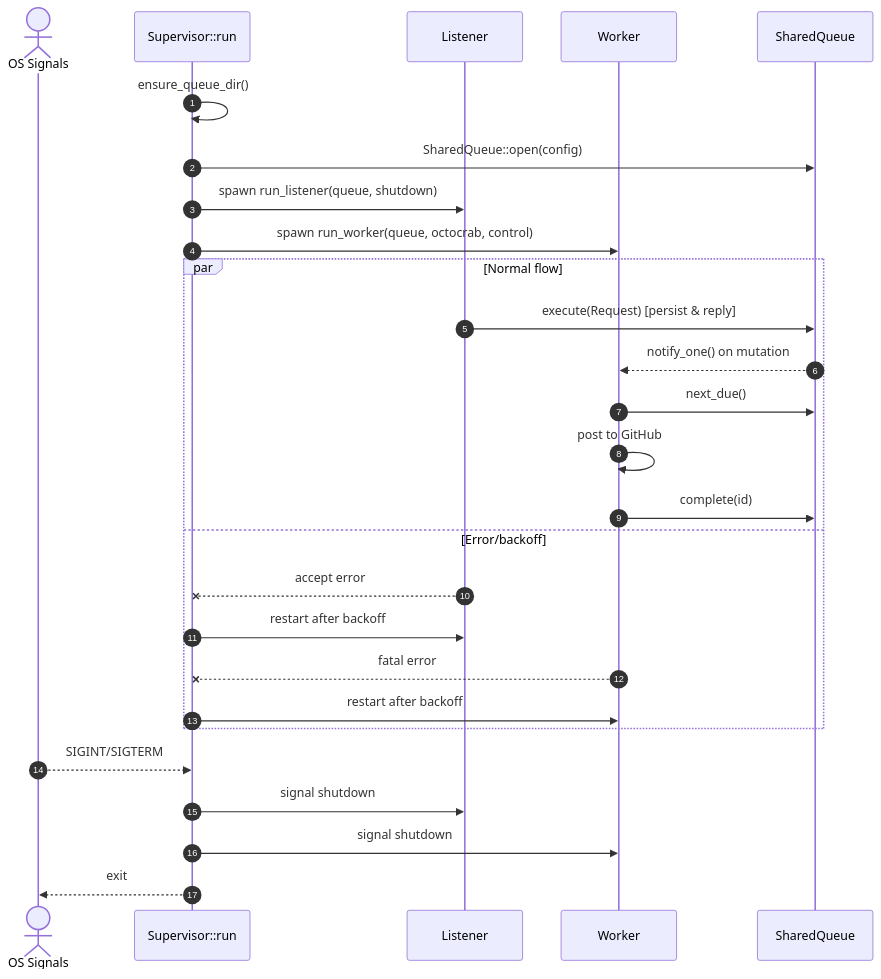
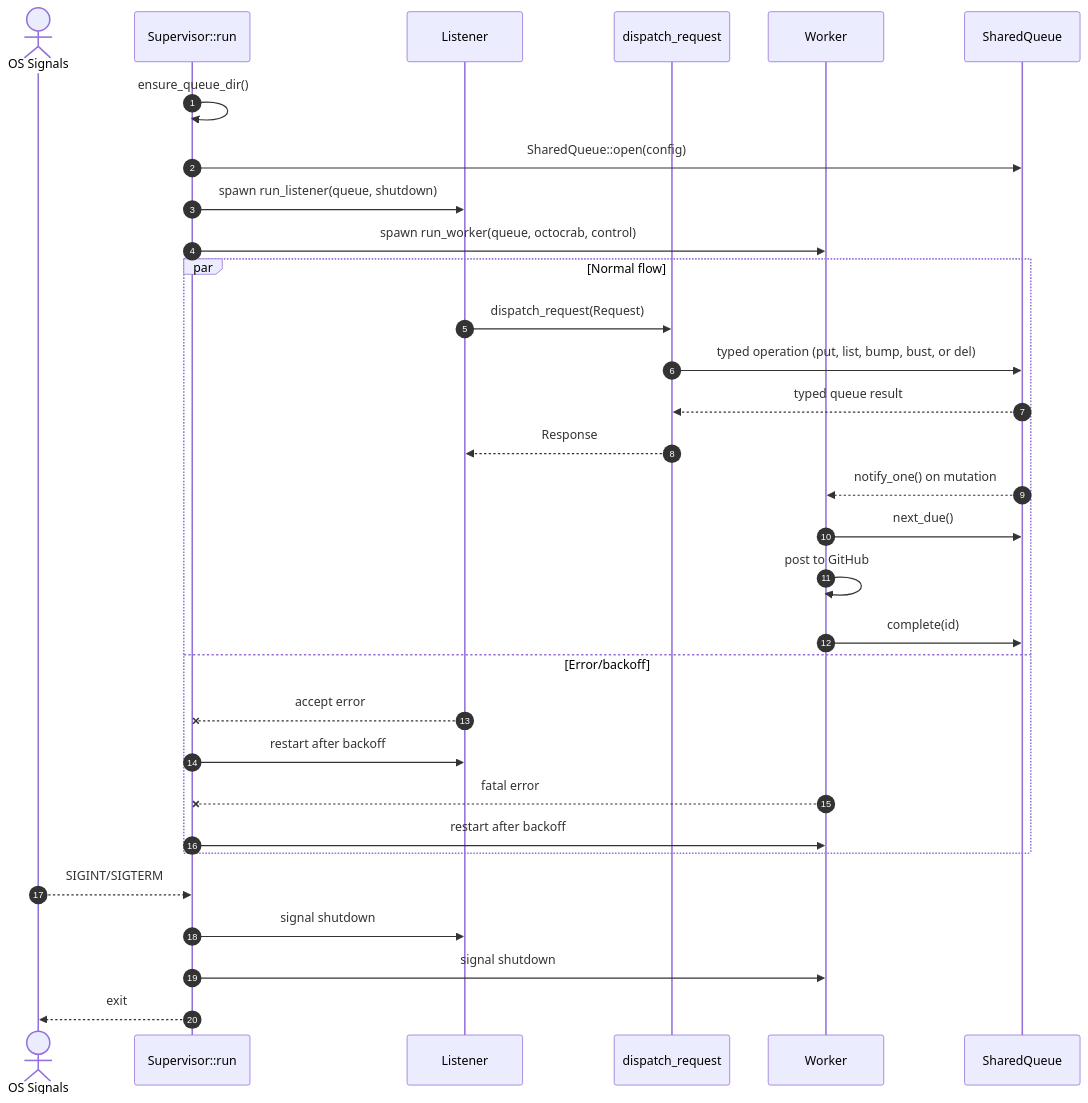
The first of 3 diagrams in docs/comenq-design.md (leynos/comenq), drawn with Mermaid before and after one commit. The commit also changed other lines of this file and 13 other files, not shown here.

````diff
--- a/docs/comenq-design.md
+++ b/docs/comenq-design.md
@@ -451,32 +451,36 @@
 ```mermaid
 sequenceDiagram
   autonumber
   actor OS as OS Signals
   participant Sup as Supervisor::run
   participant L as Listener
+  participant A as dispatch_request
   participant W as Worker
   participant Q as SharedQueue
 
   Sup->>Sup: ensure_queue_dir()
   Sup->>Q: SharedQueue::open(config)
   Sup->>L: spawn run_listener(queue, shutdown)
   Sup->>W: spawn run_worker(queue, octocrab, control)
 
   par Normal flow
-    L->>Q: execute(Request) [persist & reply]
+    L->>A: dispatch_request(Request)
+    A->>Q: typed operation (put, list, bump, bust, or del)
+    Q-->>A: typed queue result
+    A-->>L: Response
     Q-->>W: notify_one() on mutation
     W->>Q: next_due()
     W->>W: post to GitHub
     W->>Q: complete(id)
   and Error/backoff
     L--x Sup: accept error
     Sup->>L: restart after backoff
     W--x Sup: fatal error
     Sup->>W: restart after backoff
   end
 
   OS-->>Sup: SIGINT/SIGTERM
   Sup->>L: signal shutdown
   Sup->>W: signal shutdown
   Sup-->>OS: exit
 ```
````
